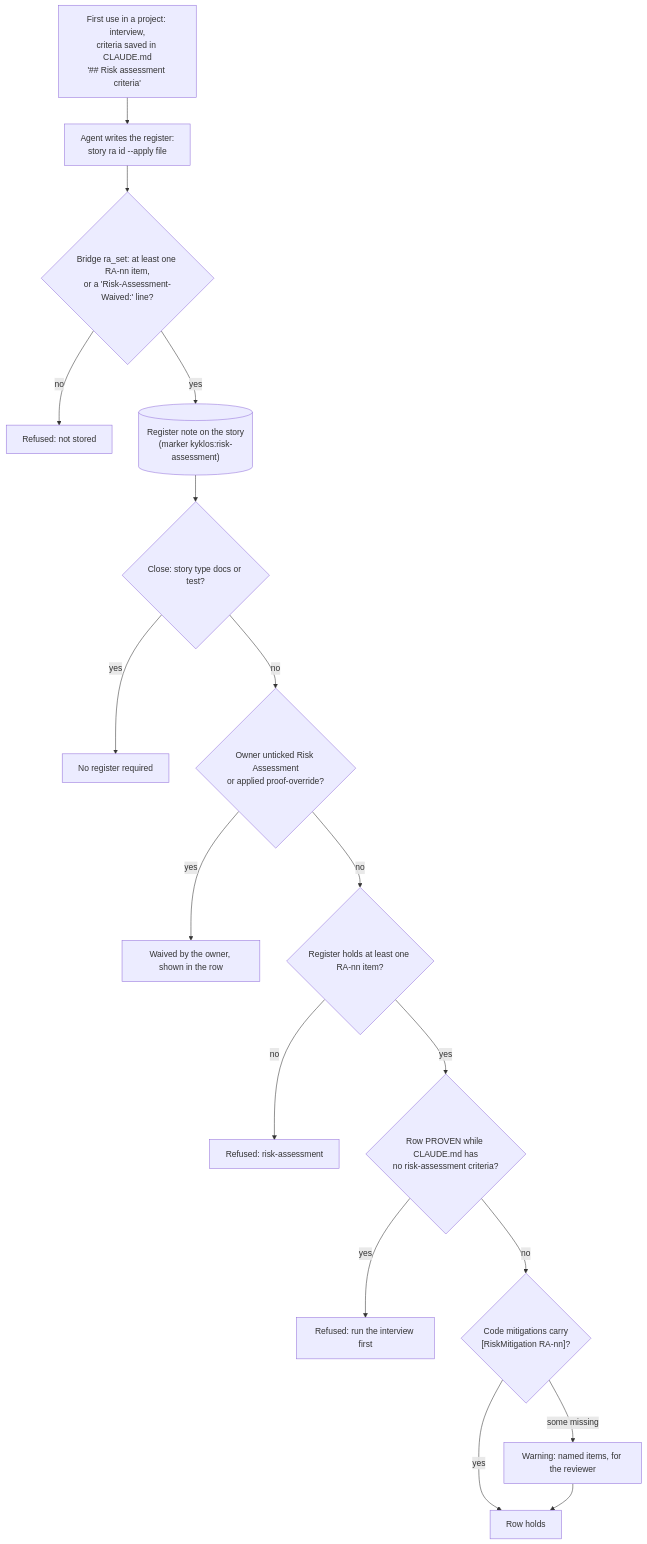
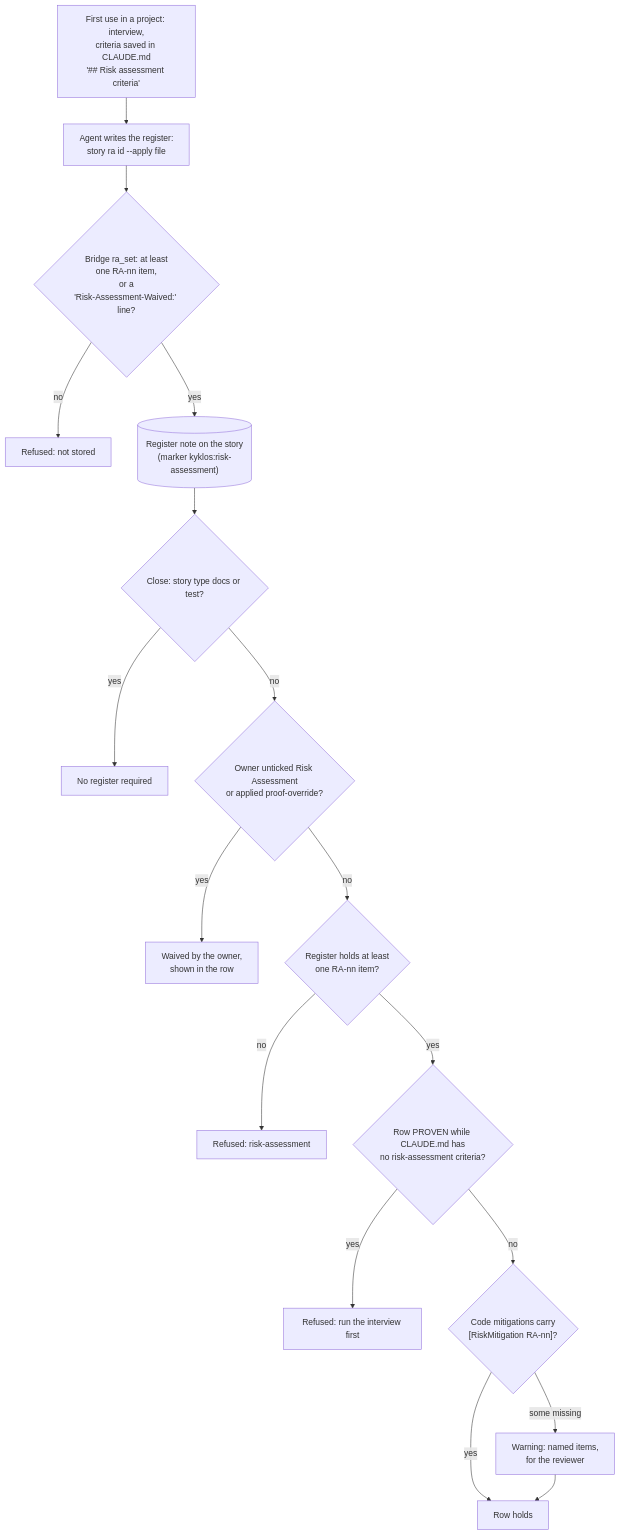
Before and after one commit to DogmaSolutions/Kyklos: the diagram in docs/PROOF_DIMENSION_RISK_ASSESSMENT.md, drawn with Mermaid. The commit also changed 38 other files, not shown here.

````diff
--- a/docs/PROOF_DIMENSION_RISK_ASSESSMENT.md
+++ b/docs/PROOF_DIMENSION_RISK_ASSESSMENT.md
@@ -49,19 +49,19 @@
 ```mermaid
 flowchart TD
     C["First use in a project: interview,<br/>criteria saved in CLAUDE.md<br/>'## Risk assessment criteria'"] --> W["Agent writes the register:<br/>story ra id --apply file"]
-    W --> RS{"Bridge ra_set: at least one RA-nn item,<br/>or a 'Risk-Assessment-Waived:' line?"}
+    W --> RS{"Bridge ra_set: at least<br/>one RA-nn item,<br/>or a<br/>'Risk-Assessment-Waived:' line?"}
     RS -- no --> X0["Refused: not stored"]
     RS -- yes --> N[("Register note on the story<br/>(marker kyklos:risk-assessment)")]
     N --> CL{"Close: story type docs or test?"}
     CL -- yes --> OK0["No register required"]
     CL -- no --> O{"Owner unticked Risk Assessment<br/>or applied proof-override?"}
-    O -- yes --> OK1["Waived by the owner, shown in the row"]
-    O -- no --> R{"Register holds at least one RA-nn item?"}
+    O -- yes --> OK1["Waived by the owner,<br/>shown in the row"]
+    O -- no --> R{"Register holds at least<br/>one RA-nn item?"}
     R -- no --> X1["Refused: risk-assessment"]
     R -- yes --> P{"Row PROVEN while CLAUDE.md has<br/>no risk-assessment criteria?"}
     P -- yes --> X2["Refused: run the interview first"]
     P -- no --> M{"Code mitigations carry<br/>[RiskMitigation RA-nn]?"}
-    M -- "some missing" --> WN["Warning: named items, for the reviewer"]
+    M -- "some missing" --> WN["Warning: named items,<br/>for the reviewer"]
     M -- yes --> OK["Row holds"]
     WN --> OK
 ```
````
